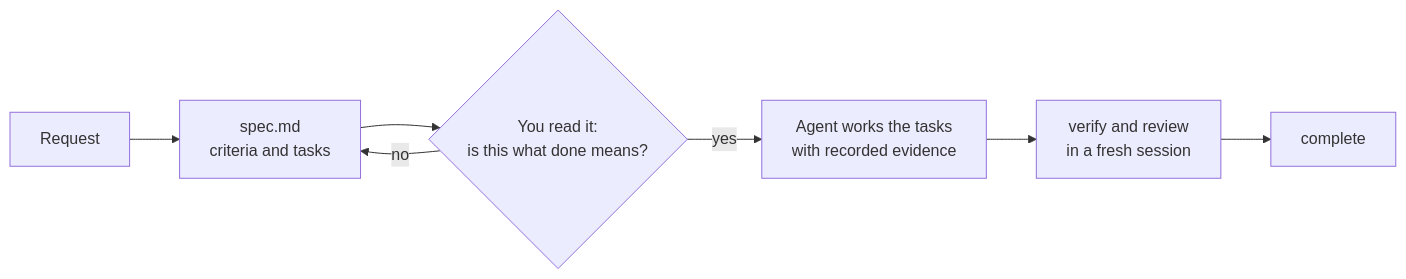
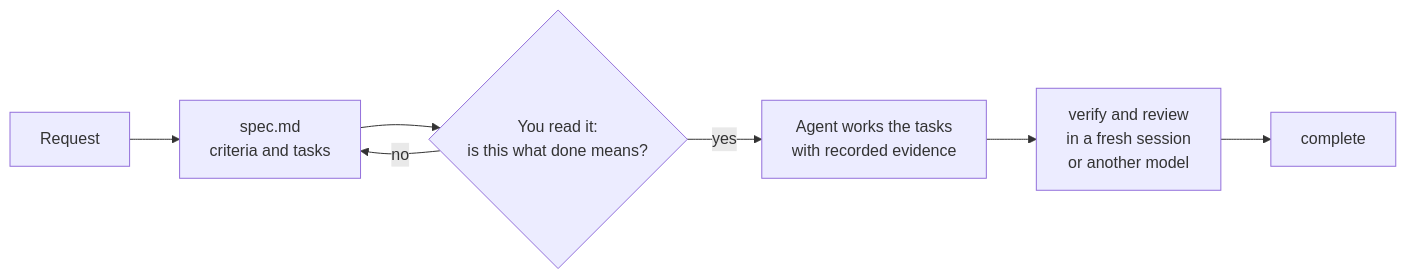
One commit to anton-abyzov/specweave changed the diagram in docs-site/docs/overview/why-specweave.md. Above: the diagram before and after it, drawn with Mermaid. The commit also changed other lines of this file and 18 other files, not shown here.

````diff
--- a/docs-site/docs/overview/why-specweave.md
+++ b/docs-site/docs/overview/why-specweave.md
@@ -23,9 +29,9 @@
 ```mermaid
 flowchart LR
   idea[Request] --> spec[spec.md<br/>criteria and tasks]
   spec --> review{You read it:<br/>is this what done means?}
   review -->|no| spec
   review -->|yes| work[Agent works the tasks<br/>with recorded evidence]
-  work --> verify[verify and review<br/>in a fresh session]
+  work --> verify[verify and review<br/>in a fresh session<br/>or another model]
   verify --> ship[complete]
 ```
````
